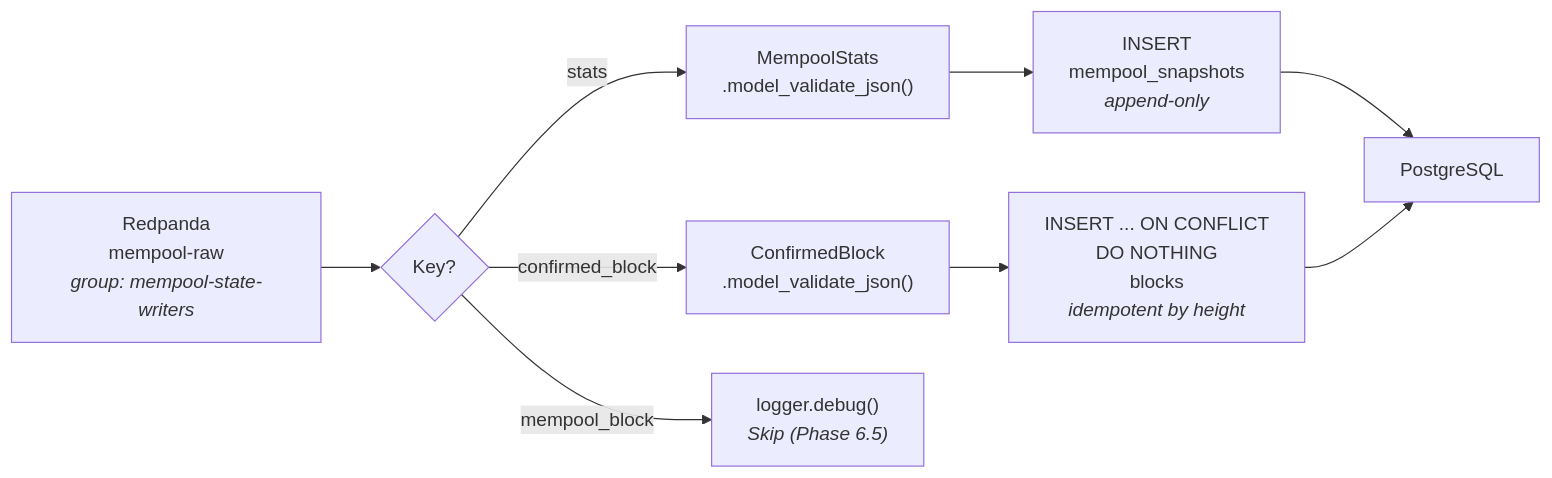
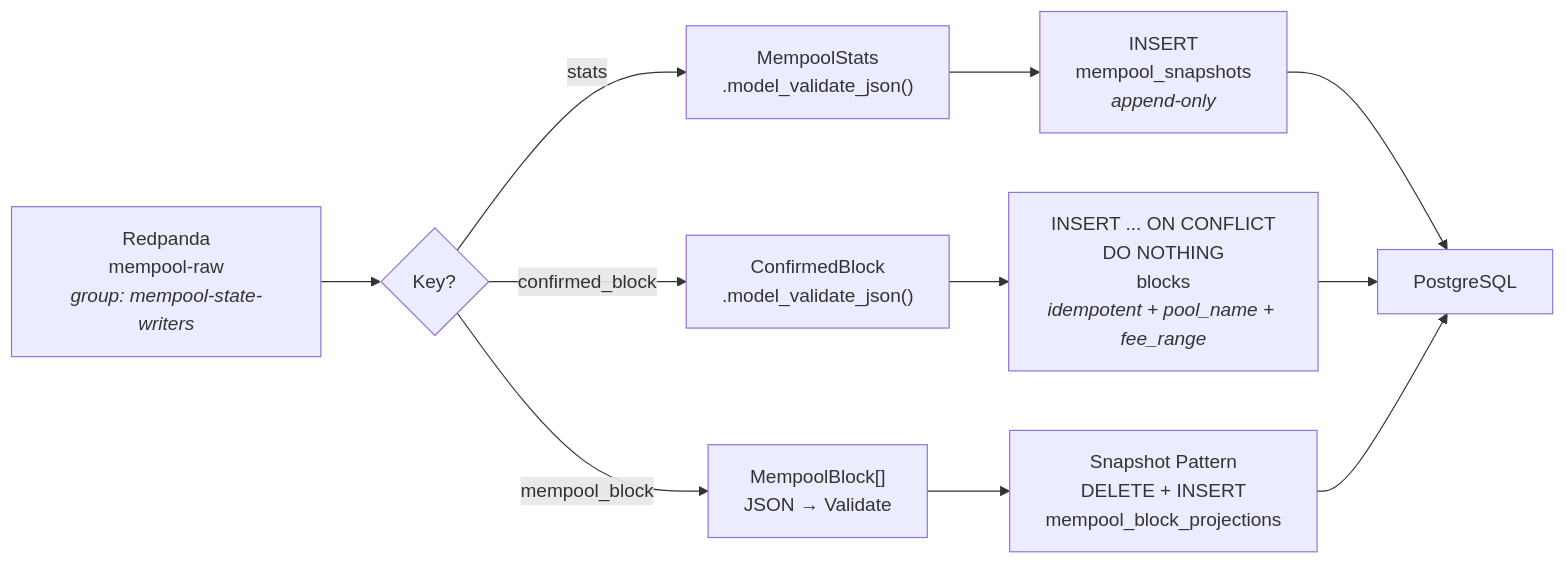
One commit to ieshatchuell/mempool-orchestrator changed the fourth of 8 diagrams in docs/architecture.md. Above: the diagram before and after it, drawn with Mermaid. The commit also changed other lines of this file and 19 other files, not shown here.

````diff
--- a/docs/architecture.md
+++ b/docs/architecture.md
@@ -115,14 +115,16 @@
 ```mermaid
 flowchart LR
     KAFKA["Redpanda<br/>mempool-raw<br/><i>group: mempool-state-writers</i>"] --> ROUTE{"Key?"}
 
     ROUTE -->|"stats"| S["MempoolStats<br/>.model_validate_json()"]
     ROUTE -->|"confirmed_block"| B["ConfirmedBlock<br/>.model_validate_json()"]
-    ROUTE -->|"mempool_block"| SKIP["logger.debug()<br/><i>Skip (Phase 6.5)</i>"]
+    ROUTE -->|"mempool_block"| MB["MempoolBlock[]<br/>JSON → Validate"]
 
     S --> INSERT["INSERT<br/>mempool_snapshots<br/><i>append-only</i>"]
-    B --> UPSERT["INSERT ... ON CONFLICT<br/>DO NOTHING<br/>blocks<br/><i>idempotent by height</i>"]
+    B --> UPSERT["INSERT ... ON CONFLICT<br/>DO NOTHING<br/>blocks<br/><i>idempotent + pool_name + fee_range</i>"]
+    MB --> SNAP["Snapshot Pattern<br/>DELETE + INSERT<br/>mempool_block_projections"]
 
     INSERT --> PG["PostgreSQL"]
     UPSERT --> PG
+    SNAP --> PG
 ```
````
